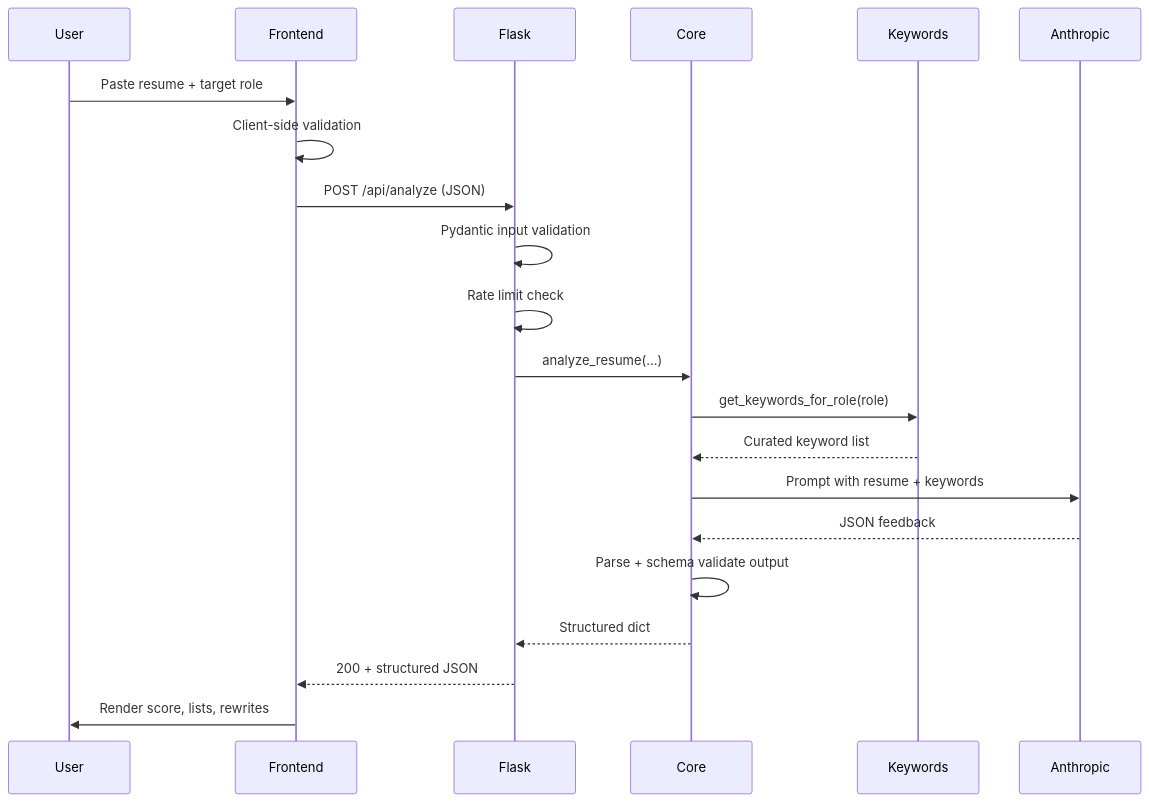
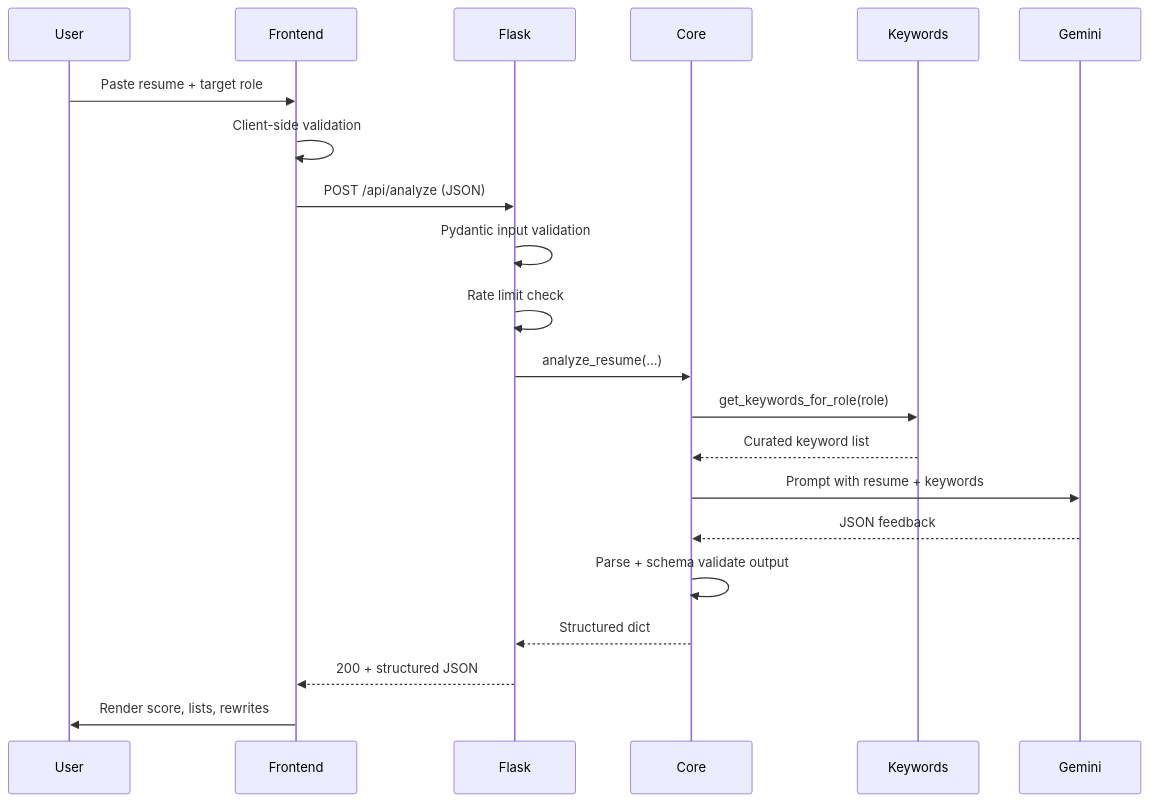
Before and after one commit to haseebarif11/desk-review: the diagram in ARCHITECTURE.md, drawn with Mermaid. The commit also changed other lines of this file and 7 other files, not shown here.

First line of the commit message:
Switch AI backend from Anthropic to Google Gemini API.

````diff
--- a/ARCHITECTURE.md
+++ b/ARCHITECTURE.md
@@ -7,24 +7,24 @@
 ```mermaid
 sequenceDiagram
     participant User
     participant Frontend
     participant Flask
     participant Core
     participant Keywords
-    participant Anthropic
+    participant Gemini
 
     User->>Frontend: Paste resume + target role
     Frontend->>Frontend: Client-side validation
     Frontend->>Flask: POST /api/analyze (JSON)
     Flask->>Flask: Pydantic input validation
     Flask->>Flask: Rate limit check
     Flask->>Core: analyze_resume(...)
     Core->>Keywords: get_keywords_for_role(role)
     Keywords-->>Core: Curated keyword list
-    Core->>Anthropic: Prompt with resume + keywords
-    Anthropic-->>Core: JSON feedback
+    Core->>Gemini: Prompt with resume + keywords
+    Gemini-->>Core: JSON feedback
     Core->>Core: Parse + schema validate output
     Core-->>Flask: Structured dict
     Flask-->>Frontend: 200 + structured JSON
     Frontend->>User: Render score, lists, rewrites
 ```
````
